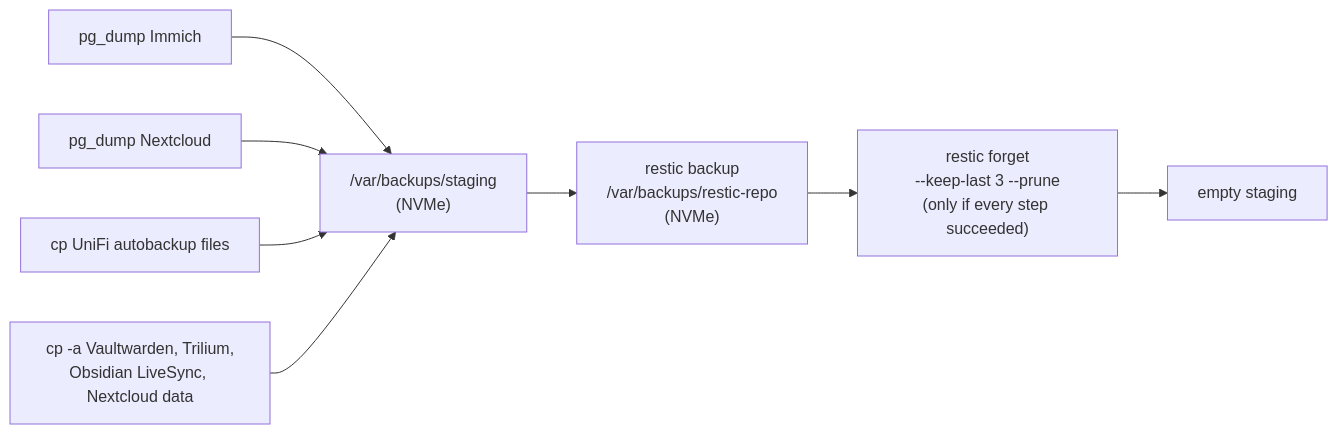
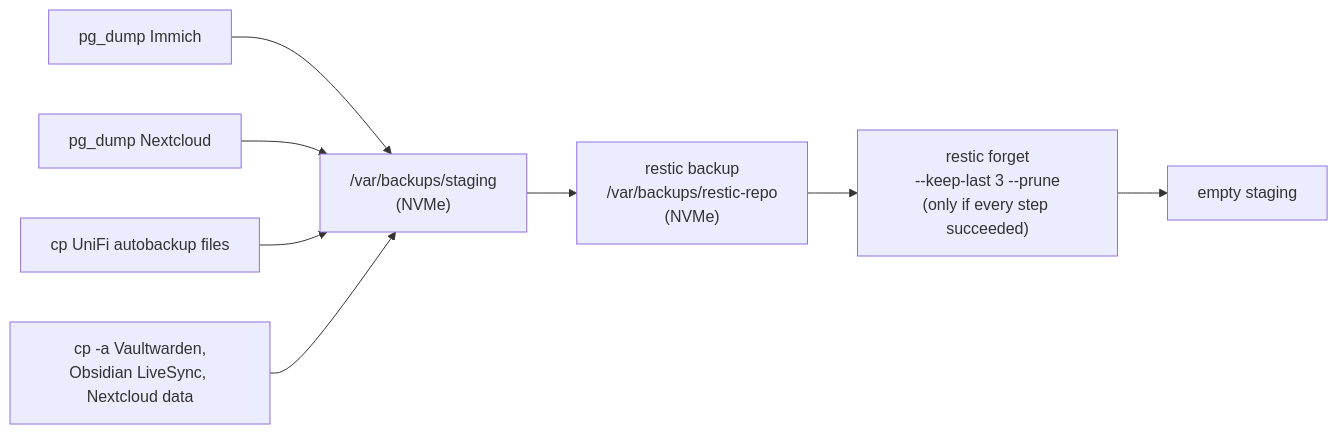
The second of 2 diagrams in docs/storage-and-backups.md (schultzn6619/homelab-documentation), drawn with Mermaid before and after one commit. The commit also changed other lines of this file and 3 other files, not shown here.

````diff
--- a/docs/storage-and-backups.md
+++ b/docs/storage-and-backups.md
@@ -105,10 +104,10 @@
 ```mermaid
 flowchart LR
     A[pg_dump Immich] --> S["/var/backups/staging<br/>(NVMe)"]
     B[pg_dump Nextcloud] --> S
     C["cp UniFi autobackup files"] --> S
-    D["cp -a Vaultwarden, Trilium,<br/>Obsidian LiveSync, Nextcloud data"] --> S
+    D["cp -a Vaultwarden,<br/>Obsidian LiveSync, Nextcloud data"] --> S
     S --> R["restic backup<br/>/var/backups/restic-repo<br/>(NVMe)"]
     R --> F["restic forget<br/>--keep-last 3 --prune<br/>(only if every step succeeded)"]
     F --> X[empty staging]
 ```
````
